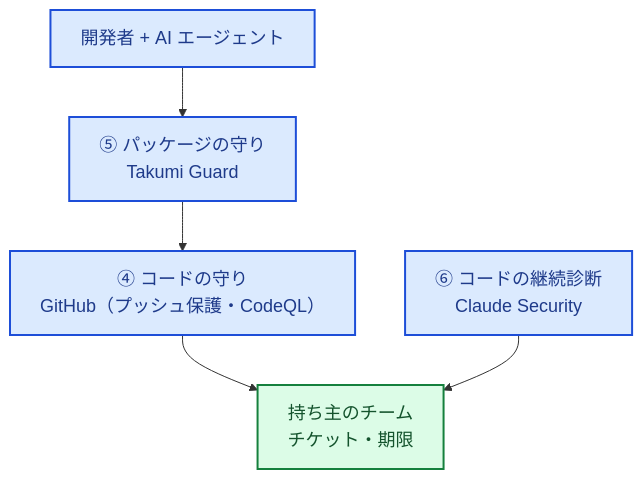
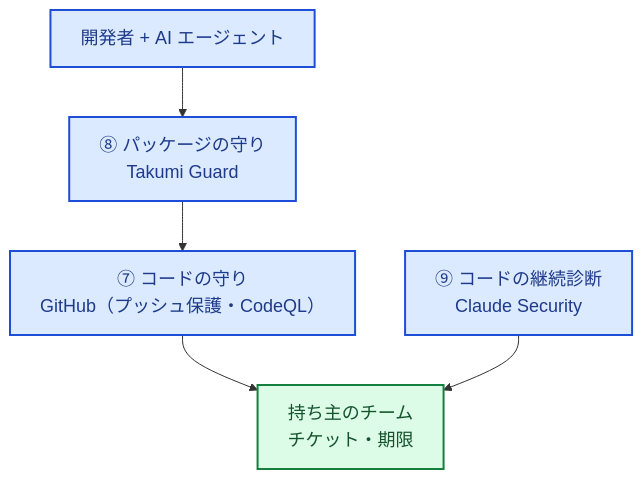
One commit to rkawajiri/zenn-content changed the second of 3 diagrams in books/security-roadmap-ja/06-tool-map.md. Above: the diagram before and after it, drawn with Mermaid. The commit also changed other lines of this file and 21 other files, not shown here.

````diff
--- a/books/security-roadmap-ja/06-tool-map.md
+++ b/books/security-roadmap-ja/06-tool-map.md
@@ -64,13 +103,13 @@
 ```mermaid
 %%{init: {"themeVariables": {"fontSize": "18px"}, "flowchart": {"wrappingWidth": 400}}}%%
 flowchart TB
   IDE["開発者 + AI エージェント"]:::dev
-  Guard["⑤ パッケージの守り<br>Takumi Guard"]:::dev
-  GH["④ コードの守り<br>GitHub（プッシュ保護・CodeQL）"]:::dev
-  CS["⑥ コードの継続診断<br>Claude Security"]:::dev
+  Guard["⑧ パッケージの守り<br>Takumi Guard"]:::dev
+  GH["⑦ コードの守り<br>GitHub（プッシュ保護・CodeQL）"]:::dev
+  CS["⑨ コードの継続診断<br>Claude Security"]:::dev
   Owner["持ち主のチーム<br>チケット・期限"]:::gov
   IDE --> Guard --> GH --> Owner
   CS --> Owner
   classDef dev fill:#dbeafe,stroke:#1d4ed8,color:#1e3a8a,stroke-width:2px
   classDef gov fill:#dcfce7,stroke:#15803d,color:#14532d,stroke-width:2px
 ```
````
